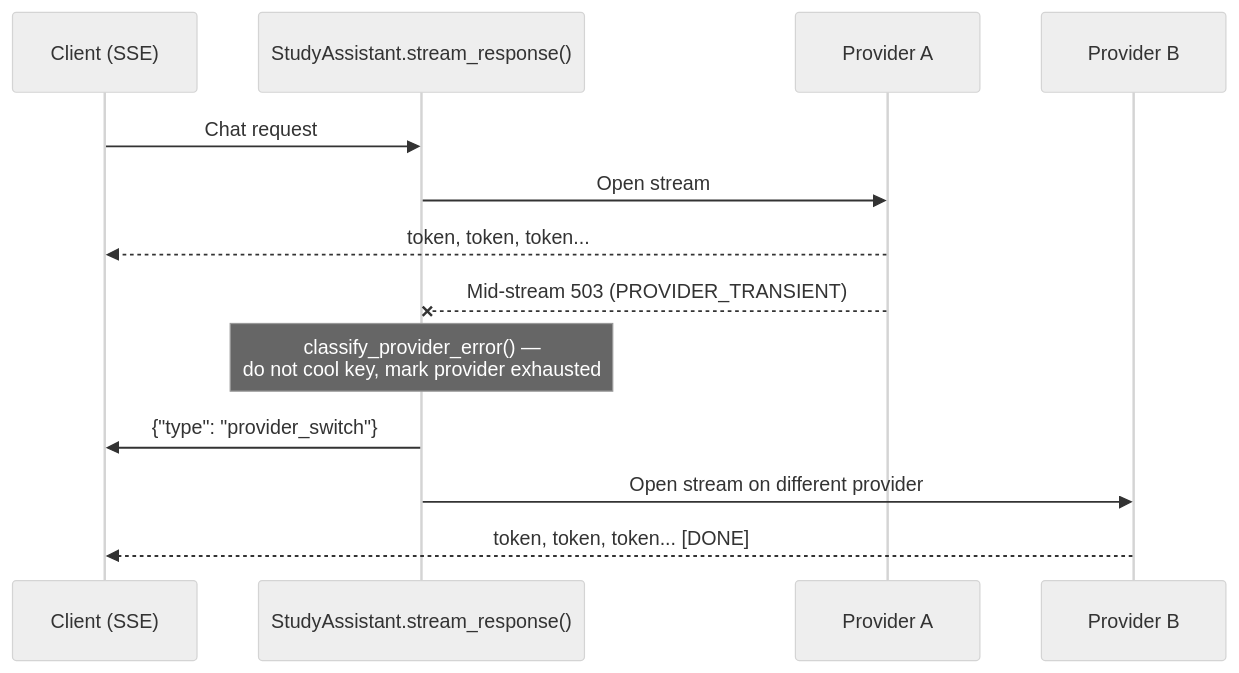
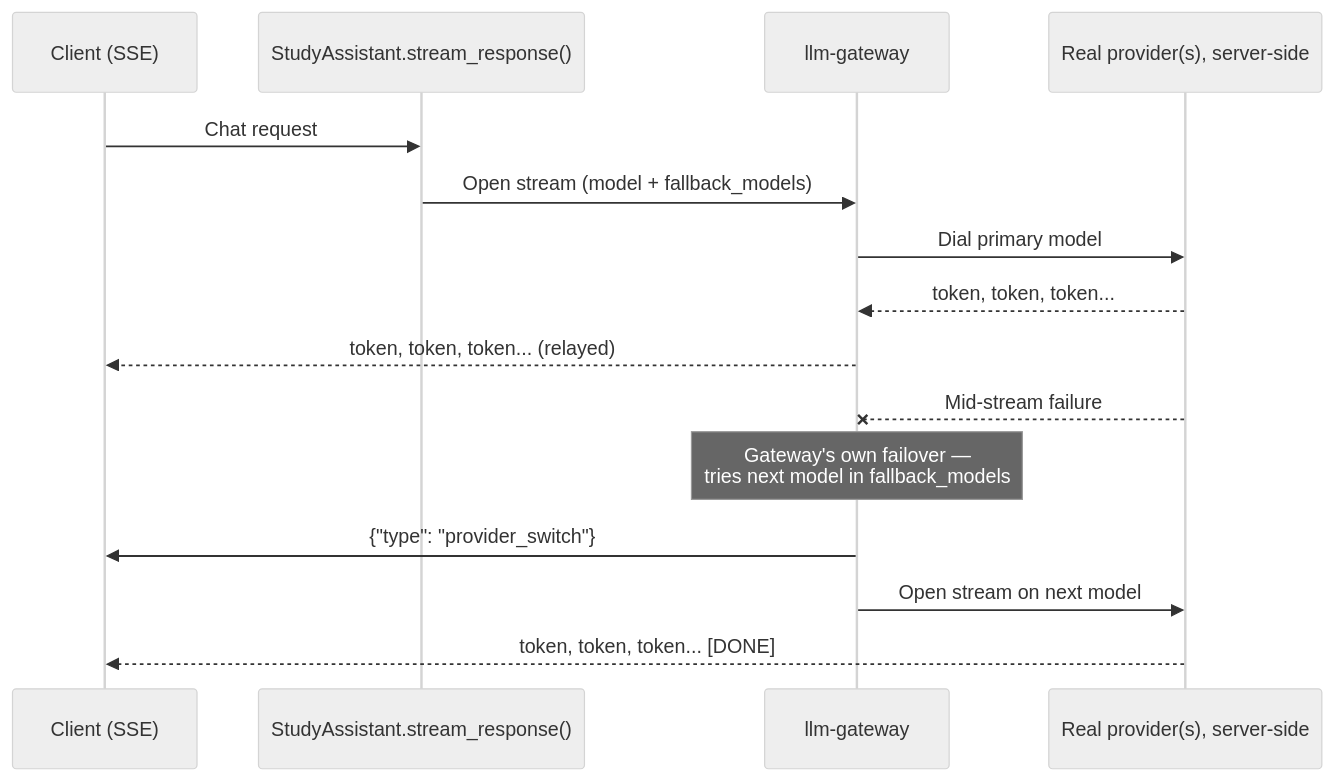
One commit to Devpaul-01/StudyHub changed diagram 13 of 14 in ARCHITECTURE.md. Above: the diagram before and after it, drawn with Mermaid (neutral theme). The commit also changed other lines of this file and 1 other file, not shown here.

````diff
--- a/ARCHITECTURE.md
+++ b/ARCHITECTURE.md
@@ -529,16 +532,18 @@
 ```mermaid
 sequenceDiagram
     participant C as Client (SSE)
     participant SA as StudyAssistant.stream_response()
-    participant P1 as Provider A
-    participant P2 as Provider B
+    participant GW as llm-gateway
+    participant P as Real provider(s), server-side
 
     C->>SA: Chat request
-    SA->>P1: Open stream
-    P1-->>C: token, token, token...
-    P1--xSA: Mid-stream 503 (PROVIDER_TRANSIENT)
-    Note over SA: classify_provider_error() —<br/>do not cool key, mark provider exhausted
-    SA->>C: {"type": "provider_switch"}
-    SA->>P2: Open stream on different provider
-    P2-->>C: token, token, token... [DONE]
+    SA->>GW: Open stream (model + fallback_models)
+    GW->>P: Dial primary model
+    P-->>GW: token, token, token...
+    GW-->>C: token, token, token... (relayed)
+    P--xGW: Mid-stream failure
+    Note over GW: Gateway's own failover —<br/>tries next model in fallback_models
+    GW->>C: {"type": "provider_switch"}
+    GW->>P: Open stream on next model
+    P-->>C: token, token, token... [DONE]
 ```
````
